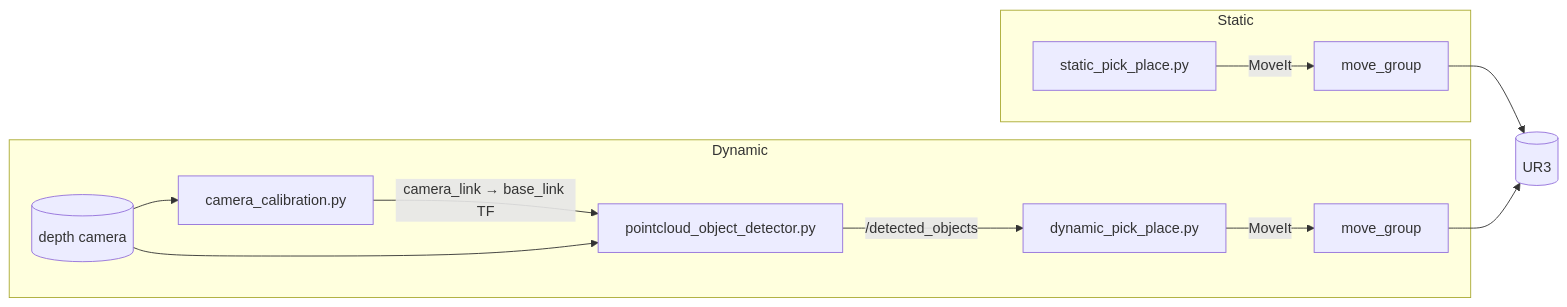
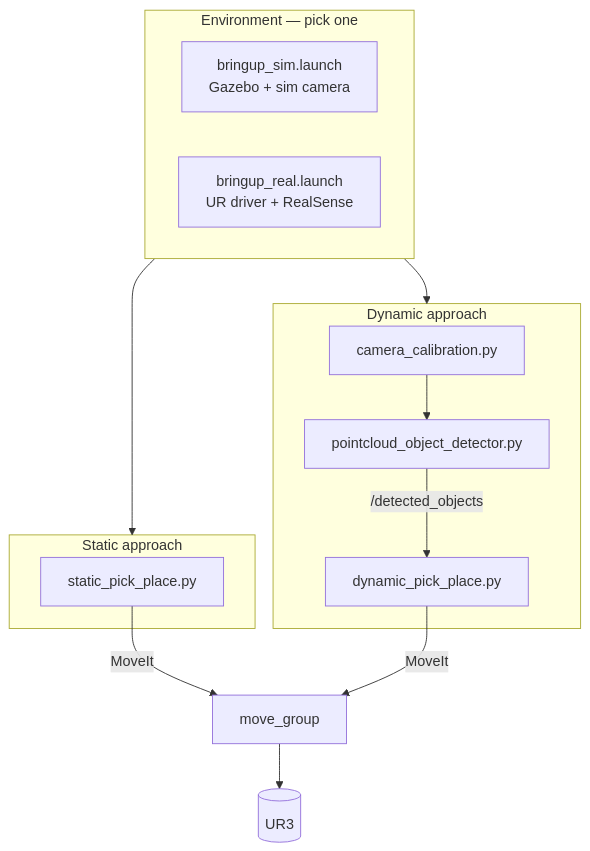
Before and after one commit to gab-es21/ur3-robotic-arm-pick-place: the diagram in README.md, drawn with Mermaid. The commit also changed other lines of this file and 1 other file, not shown here.

Commit message:
Make the sim/real x static/dynamic matrix explicit

````diff
--- a/README.md
+++ b/README.md
@@ -21,17 +30,23 @@
 ```mermaid
-flowchart LR
-    subgraph Static
-        SP[static_pick_place.py] -->|MoveIt| MG1[move_group]
+flowchart TB
+    subgraph Env["Environment — pick one"]
+        direction LR
+        BS["bringup_sim.launch<br/>Gazebo + sim camera"]
+        BR["bringup_real.launch<br/>UR driver + RealSense"]
     end
 
-    subgraph Dynamic
-        CAM[(depth camera)] --> CAL[camera_calibration.py]
-        CAL -->|camera_link → base_link TF| DET[pointcloud_object_detector.py]
-        CAM --> DET
-        DET -->|/detected_objects| DP[dynamic_pick_place.py]
-        DP -->|MoveIt| MG2[move_group]
+    subgraph StaticA["Static approach"]
+        SP[static_pick_place.py]
     end
 
-    MG1 --> ARM[(UR3)]
-    MG2 --> ARM
+    subgraph DynamicA["Dynamic approach"]
+        CAL[camera_calibration.py] --> DET[pointcloud_object_detector.py]
+        DET -->|/detected_objects| DP[dynamic_pick_place.py]
+    end
+
+    Env --> StaticA
+    Env --> DynamicA
+    SP -->|MoveIt| MG[move_group]
+    DP -->|MoveIt| MG
+    MG --> ARM[(UR3)]
 ```
````
